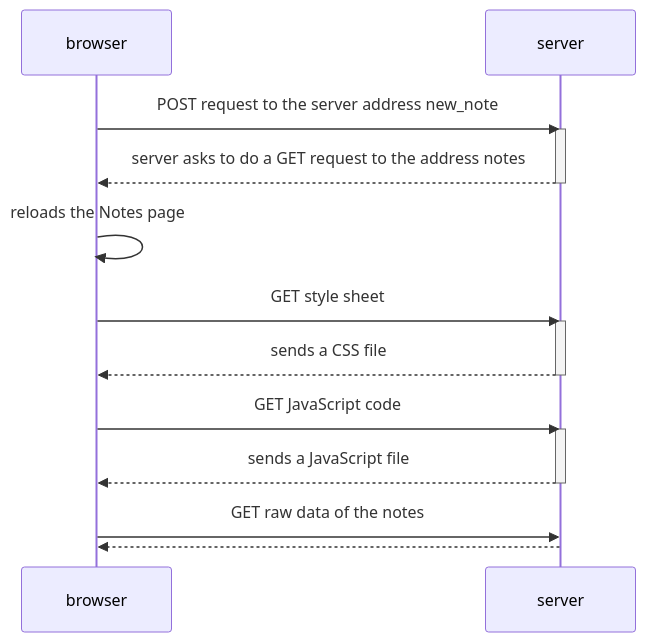
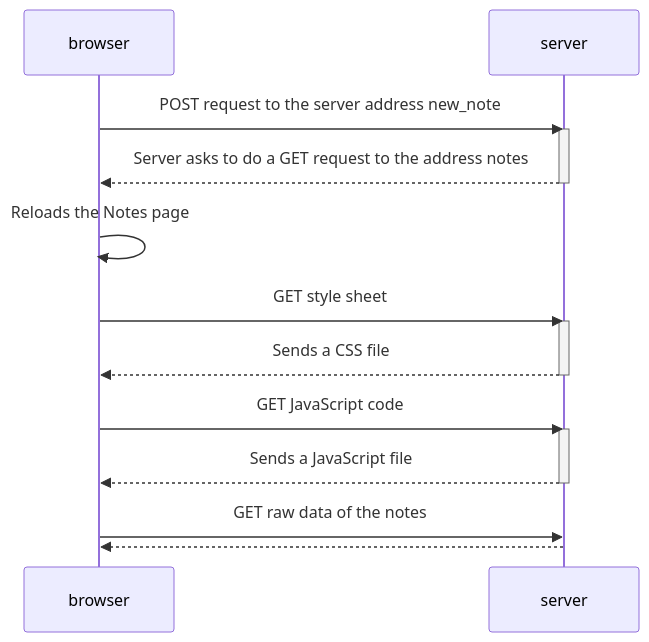
The diagram in Part0.md (early-dew/FullStackOpen), drawn with Mermaid before and after one commit.

````diff
--- a/Part0.md
+++ b/Part0.md
@@ -1,20 +1,20 @@
 ```mermaid
 sequenceDiagram
  participant browser
  participant server
  browser->>server: POST request to the server address new_note
  activate server
- server-->>browser:  server asks to do a GET request to the address notes
+ server-->>browser:  Server asks to do a GET request to the address notes
  deactivate server
- browser->>browser: reloads the Notes page
+ browser->>browser: Reloads the Notes page
  browser->>server: GET style sheet
  activate server
- server-->>browser: sends a CSS file
+ server-->>browser: Sends a CSS file
  deactivate server
  browser->>server: GET JavaScript code
  activate server
- server-->>browser: sends a JavaScript file
+ server-->>browser: Sends a JavaScript file
  deactivate server
  browser->>server: GET raw data of the notes
  server-->>browser: 
 ```
````
